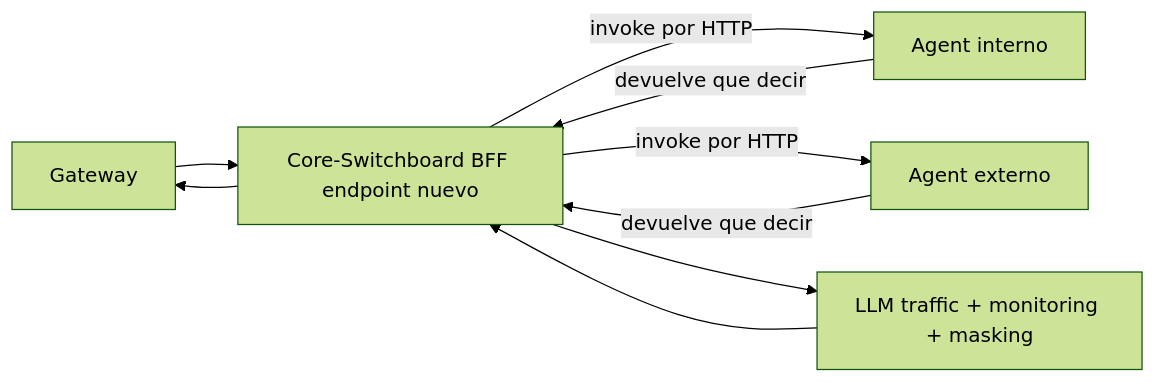
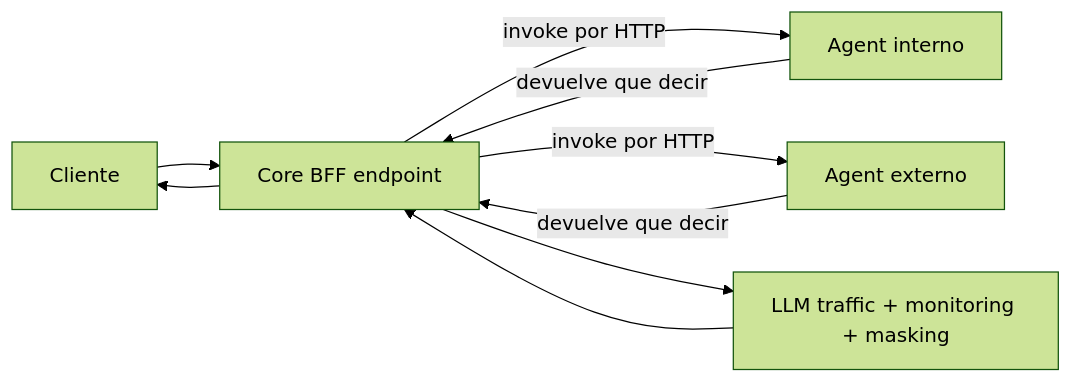
One commit to alvaroemur/ennui-agents-core changed the third of 3 diagrams in docs/playbook/architecture.md. Above: the diagram before and after it, drawn with Mermaid (forest theme). The commit also changed other lines of this file and 78 other files, not shown here.

````diff
--- a/docs/playbook/architecture.md
+++ b/docs/playbook/architecture.md
@@ -213,11 +207,11 @@
 ```mermaid
 flowchart LR
-    GW[Gateway] --> BFF[Core-Switchboard BFF endpoint nuevo]
+    CL[Cliente] --> BFF[Core BFF endpoint]
     BFF -->|invoke por HTTP| AG1[Agent interno]
     BFF -->|invoke por HTTP| AG2[Agent externo]
     AG1 -->|devuelve que decir| BFF
     AG2 -->|devuelve que decir| BFF
     BFF --> LLM[LLM traffic + monitoring + masking]
     LLM --> BFF
-    BFF --> GW
+    BFF --> CL
 ```
````
